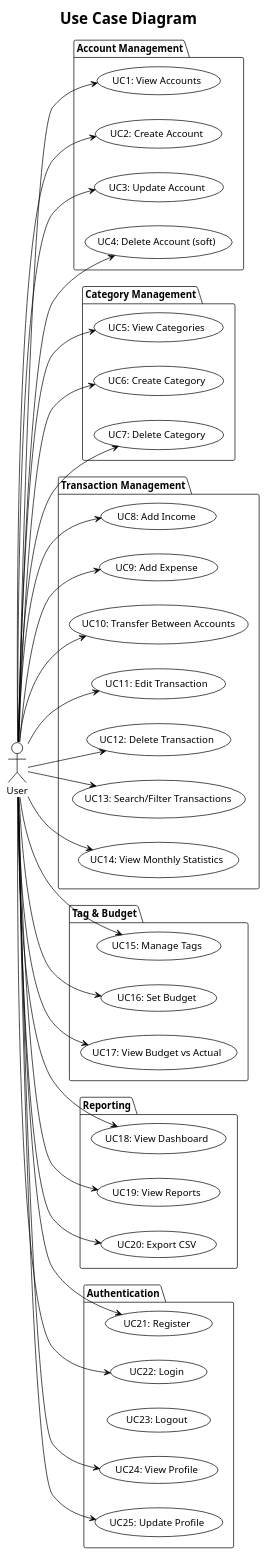
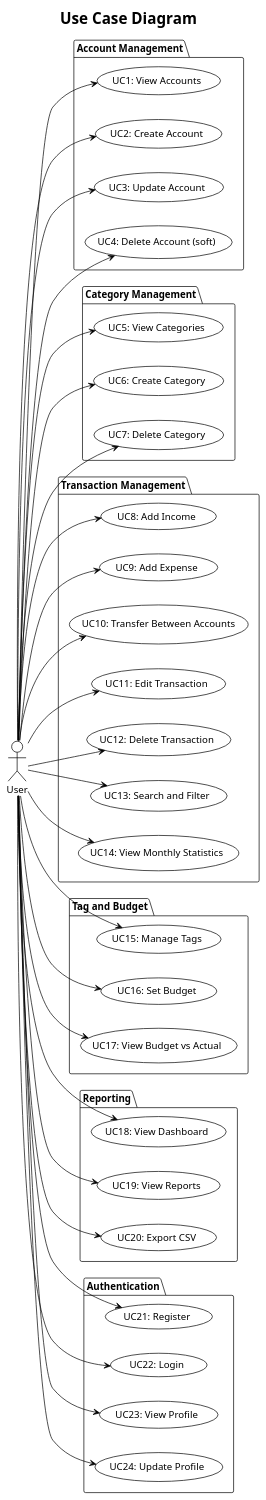
Before and after one commit to jcwhmn/bookkeeping: the sixth of 11 diagrams in docs/OOD.md, drawn with PlantUML. The commit also changed other lines of this file, not shown here.

First line of the commit message:
fix(docs): rewrite OOD diagrams — fix PlantUML parse errors

````diff
--- a/docs/OOD.md
+++ b/docs/OOD.md
@@ -403,80 +402,79 @@
 ```plantuml
 @startuml
 !theme plain
 
 title Use Case Diagram
 
 left to right direction
 
 actor User
 
 package "Account Management" {
     usecase "UC1: View Accounts" as UC1
     usecase "UC2: Create Account" as UC2
     usecase "UC3: Update Account" as UC3
     usecase "UC4: Delete Account (soft)" as UC4
 }
 
 package "Category Management" {
     usecase "UC5: View Categories" as UC5
     usecase "UC6: Create Category" as UC6
     usecase "UC7: Delete Category" as UC7
 }
 
 package "Transaction Management" {
     usecase "UC8: Add Income" as UC8
     usecase "UC9: Add Expense" as UC9
     usecase "UC10: Transfer Between Accounts" as UC10
     usecase "UC11: Edit Transaction" as UC11
     usecase "UC12: Delete Transaction" as UC12
-    usecase "UC13: Search/Filter Transactions" as UC13
+    usecase "UC13: Search and Filter" as UC13
     usecase "UC14: View Monthly Statistics" as UC14
 }
 
-package "Tag & Budget" {
+package "Tag and Budget" {
     usecase "UC15: Manage Tags" as UC15
     usecase "UC16: Set Budget" as UC16
     usecase "UC17: View Budget vs Actual" as UC17
 }
 
 package "Reporting" {
     usecase "UC18: View Dashboard" as UC18
     usecase "UC19: View Reports" as UC19
     usecase "UC20: Export CSV" as UC20
 }
 
 package "Authentication" {
     usecase "UC21: Register" as UC21
     usecase "UC22: Login" as UC22
-    usecase "UC23: Logout" as UC23
-    usecase "UC24: View Profile" as UC24
-    usecase "UC25: Update Profile" as UC25
+    usecase "UC23: View Profile" as UC23
+    usecase "UC24: Update Profile" as UC24
 }
 
 User --> UC1
 User --> UC2
 User --> UC3
 User --> UC4
 User --> UC5
 User --> UC6
 User --> UC7
 User --> UC8
 User --> UC9
 User --> UC10
 User --> UC11
 User --> UC12
 User --> UC13
 User --> UC14
 User --> UC15
 User --> UC16
 User --> UC17
 User --> UC18
 User --> UC19
 User --> UC20
 User --> UC21
 User --> UC22
+User --> UC23
 User --> UC24
-User --> UC25
 
 @enduml
 ```
````
